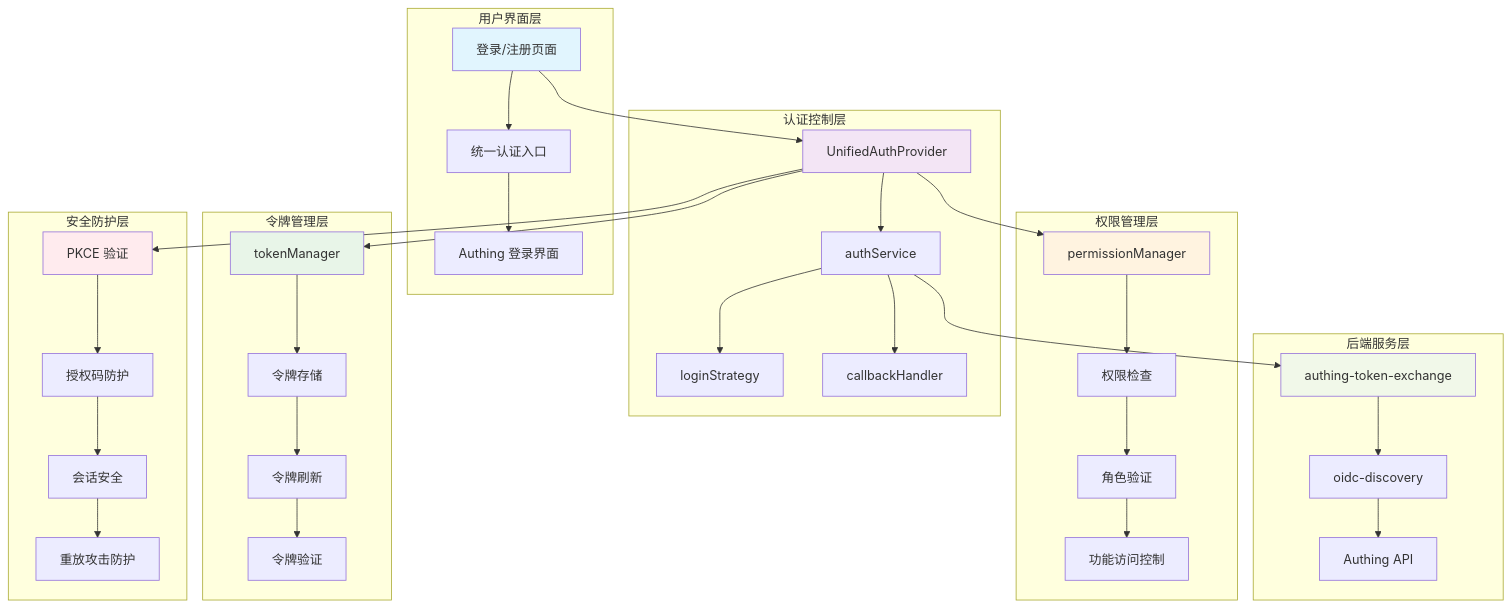
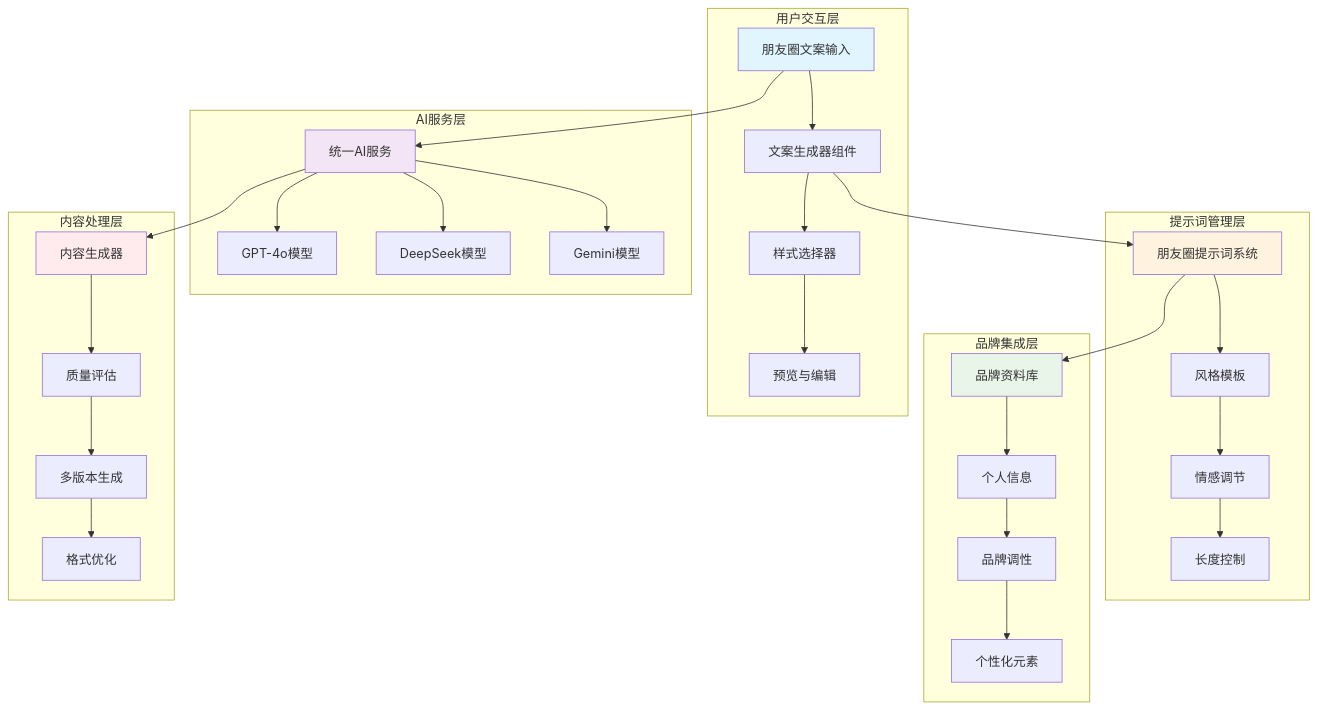
Before and after one commit to xiongtingping/wenpai: the first of 2 diagrams in .qoder/quests/unknown-task.md, drawn with Mermaid. The commit also changed other lines of this file and 4 other files, not shown here.

````diff
--- a/.qoder/quests/unknown-task.md
+++ b/.qoder/quests/unknown-task.md
@@ -33,49 +31,43 @@
 ```mermaid
 graph TB
-    subgraph "用户界面层"
-        A[登录/注册页面] --> B[统一认证入口]
-        B --> C[Authing 登录界面]
+    subgraph "用户交互层"
+        A[朋友圈文案输入] --> B[文案生成器组件]
+        B --> C[样式选择器]
+        C --> D[预览与编辑]
     end
     
-    subgraph "认证控制层"
-        D[UnifiedAuthProvider] --> E[authService]
-        E --> F[loginStrategy]
-        E --> G[callbackHandler]
+    subgraph "AI服务层"
+        E[统一AI服务] --> F[GPT-4o模型]
+        E --> G[DeepSeek模型]
+        E --> H[Gemini模型]
     end
     
-    subgraph "权限管理层"
-        H[permissionManager] --> I[权限检查]
-        I --> J[角色验证]
-        J --> K[功能访问控制]
+    subgraph "提示词管理层"
+        I[朋友圈提示词系统] --> J[风格模板]
+        J --> K[情感调节]
+        K --> L[长度控制]
     end
     
-    subgraph "令牌管理层"
-        L[tokenManager] --> M[令牌存储]
-        M --> N[令牌刷新]
-        N --> O[令牌验证]
+    subgraph "品牌集成层"
+        M[品牌资料库] --> N[个人信息]
+        N --> O[品牌调性]
+        O --> P[个性化元素]
     end
     
-    subgraph "安全防护层"
-        P[PKCE 验证] --> Q[授权码防护]
-        Q --> R[会话安全]
-        R --> S[重放攻击防护]
+    subgraph "内容处理层"
+        Q[内容生成器] --> R[质量评估]
+        R --> S[多版本生成]
+        S --> T[格式优化]
     end
     
-    subgraph "后端服务层"
-        T[authing-token-exchange] --> U[oidc-discovery]
-        U --> V[Authing API]
-    end
-    
-    A --> D
-    D --> H
-    D --> L
-    D --> P
-    E --> T
+    A --> E
+    B --> I
+    I --> M
+    E --> Q
     
     style A fill:#e1f5fe
-    style D fill:#f3e5f5
-    style H fill:#fff3e0
-    style L fill:#e8f5e8
-    style P fill:#ffebee
-    style T fill:#f1f8e9
+    style E fill:#f3e5f5
+    style I fill:#fff3e0
+    style M fill:#e8f5e8
+    style Q fill:#ffebee
 ```
````
